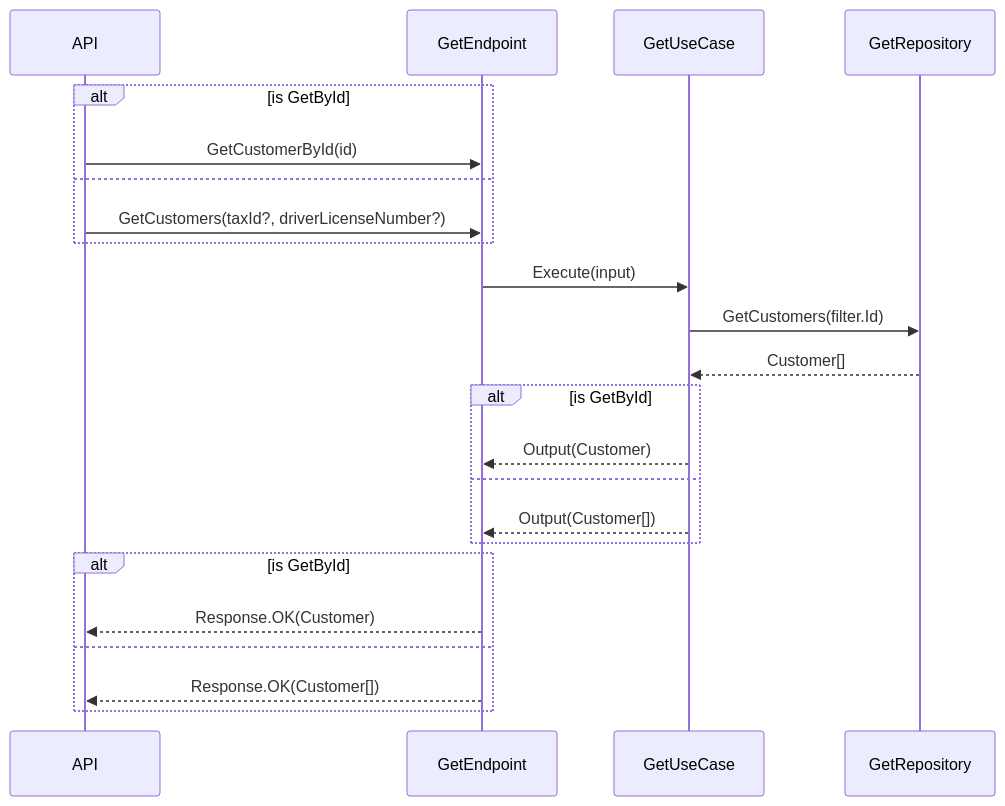
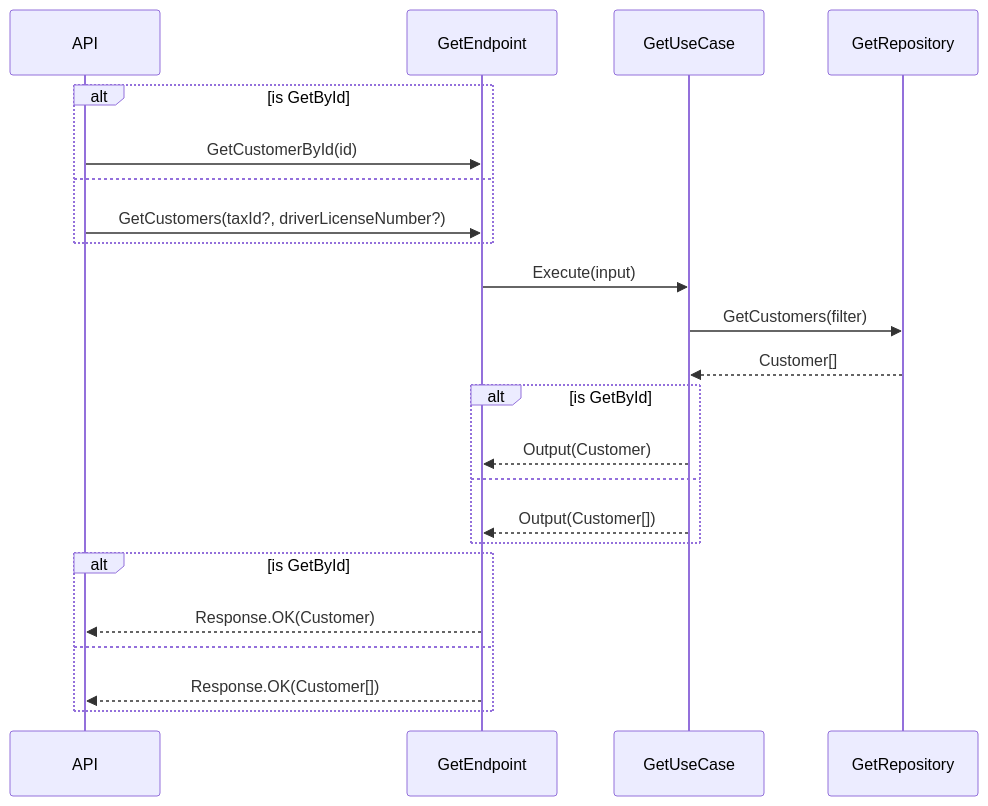
One commit to fksalviano/rent-motorcycle-api changed the third of 4 diagrams in README.md. Above: the diagram before and after it, drawn with Mermaid.

`````diff
--- a/README.md
+++ b/README.md
@@ -35,21 +35,21 @@
 ```mermaid
 sequenceDiagram
     alt is GetById
         API->>GetEndpoint : GetCustomerById(id)
     else
         API->>GetEndpoint : GetCustomers(taxId?, driverLicenseNumber?)
     end
     GetEndpoint->>GetUseCase : Execute(input)
-    GetUseCase->>GetRepository : GetCustomers(filter.Id)
+    GetUseCase->>GetRepository : GetCustomers(filter)
     GetRepository-->>GetUseCase : Customer[]
     alt is GetById
         GetUseCase-->>GetEndpoint : Output(Customer)
     else
         GetUseCase-->>GetEndpoint : Output(Customer[])
     end
     alt is GetById
         GetEndpoint-->>API : Response.OK(Customer)
     else
         GetEndpoint-->>API : Response.OK(Customer[])
     end
 ````
`````
